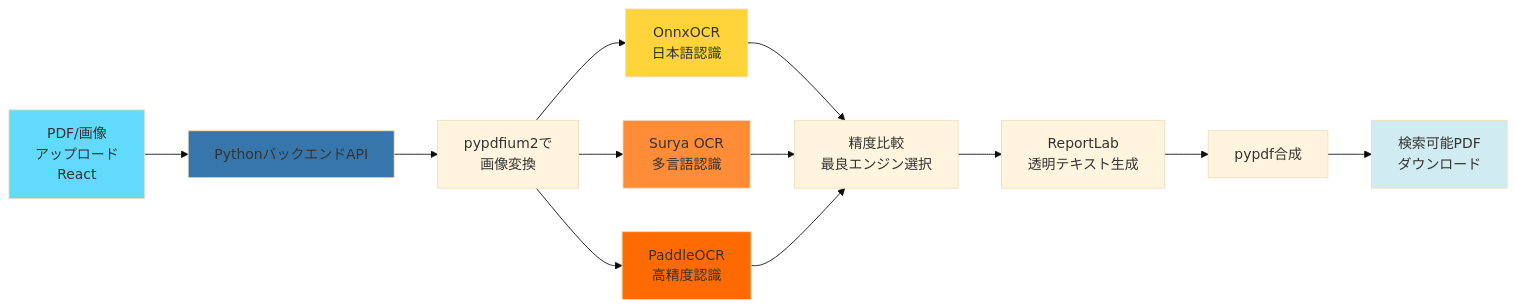
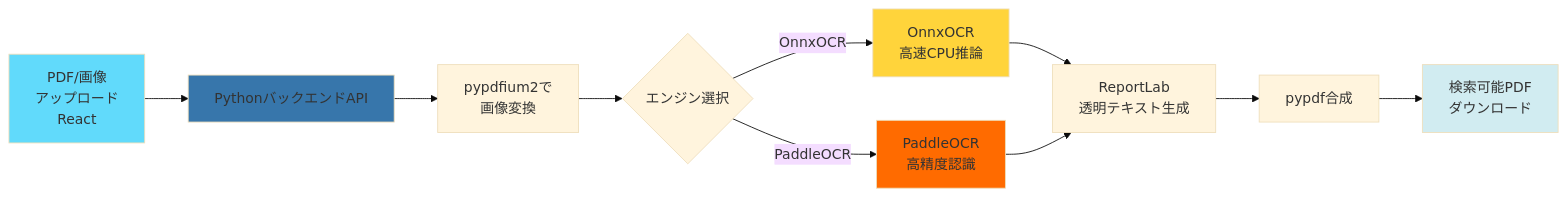
One commit to J1921604/OCR-PDF-Converter changed the first of 2 diagrams in README.md. Above: the diagram before and after it, drawn with Mermaid (base theme). The commit also changed other lines of this file and 12 other files, not shown here.

````diff
--- a/README.md
+++ b/README.md
@@ -21,21 +22,18 @@
 ```mermaid
 flowchart LR
     A[PDF/画像<br/>アップロード<br/>React] --> B[PythonバックエンドAPI]
     B --> C[pypdfium2で<br/>画像変換]
-    C --> D1[OnnxOCR<br/>日本語認識]
-    C --> D2[Surya OCR<br/>多言語認識]
-    C --> D3[PaddleOCR<br/>高精度認識]
-    D1 --> E[精度比較<br/>最良エンジン選択]
-    D2 --> E
-    D3 --> E
-    E --> F[ReportLab<br/>透明テキスト生成]
+    C --> D{エンジン選択}
+    D -->|OnnxOCR| E1[OnnxOCR<br/>高速CPU推論]
+    D -->|PaddleOCR| E2[PaddleOCR<br/>高精度認識]
+    E1 --> F[ReportLab<br/>透明テキスト生成]
+    E2 --> F
     F --> G[pypdf合成]
     G --> H[検索可能PDF<br/>ダウンロード]
     
     style A fill:#61dafb
     style B fill:#3776ab
-    style D1 fill:#ffd43b
-    style D2 fill:#ff8c37
-    style D3 fill:#ff6b00
+    style E1 fill:#ffd43b
+    style E2 fill:#ff6b00
     style H fill:#d1ecf1
 ```
````
